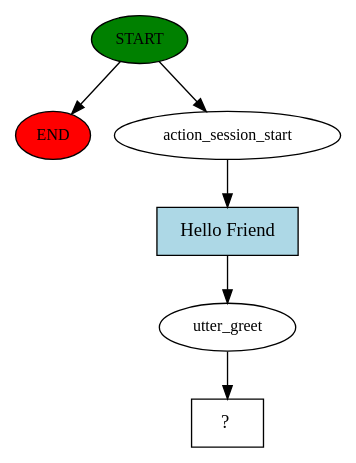
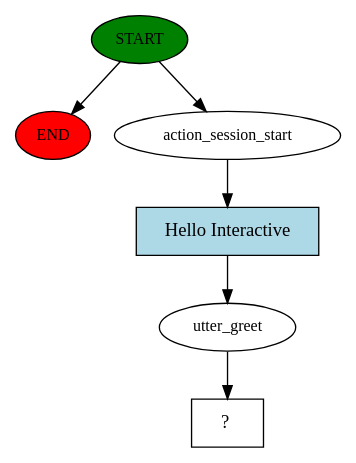
Before and after one commit to KazeShikaru/ChatBot: the diagram in rasa/story_graph.dot, drawn with Graphviz. The commit also changed 4 other files, not shown here.

```diff
--- a/rasa/story_graph.dot
+++ b/rasa/story_graph.dot
@@ -1,13 +1,13 @@
 digraph  {
 0 [class="start active", fillcolor=green, fontsize=12, label=START, style=filled];
 "-1" [class=end, fillcolor=red, fontsize=12, label=END, style=filled];
 1 [class=active, fontsize=12, label=action_session_start];
 2 [class=active, fontsize=12, label=utter_greet];
 3 [class="intent dashed active", label="  ?  ", shape=rect];
-4 [class="intent active", fillcolor=lightblue, label="Hello Friend", shape=rect, style=filled];
+4 [class="intent active", fillcolor=lightblue, label="Hello Interactive", shape=rect, style=filled];
 0 -> "-1"  [class="", key=NONE, label=""];
 0 -> 1  [class=active, key=NONE, label=""];
 1 -> 4  [class=active, key=0];
 2 -> 3  [class=active, key=NONE, label=""];
 4 -> 2  [class=active, key=0];
 }
```
